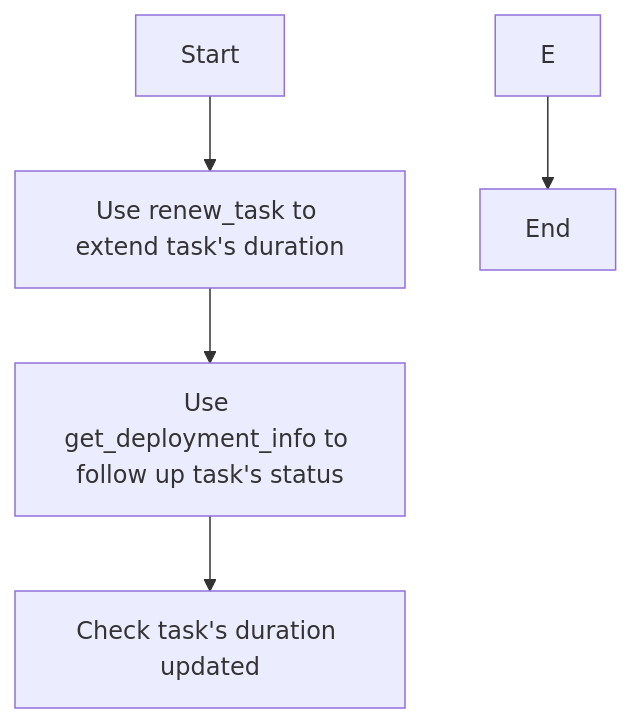
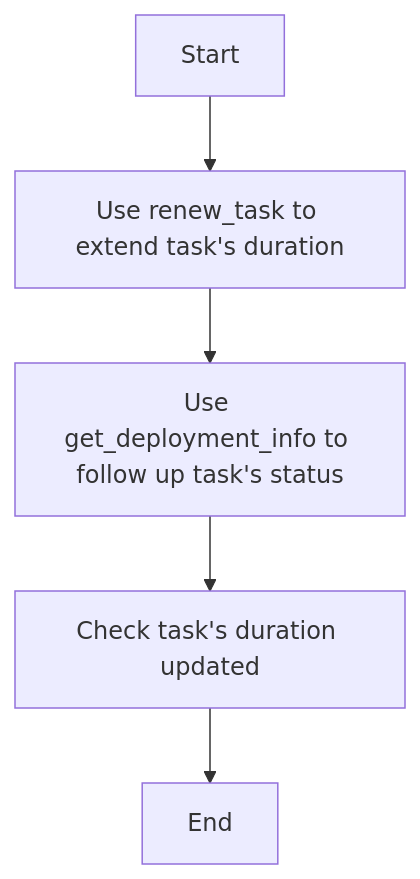
Before and after one commit to alphaflows/workbench: the second of 3 diagrams in docs/sdk/flowchart.md, drawn with Mermaid.

````diff
--- a/docs/sdk/flowchart.md
+++ b/docs/sdk/flowchart.md
@@ -45,7 +45,7 @@
 ```mermaid
 flowchart TD
     A[Start] --> B[Use renew_task to extend task's duration]
     B --> C[Use get_deployment_info to follow up task's status]
     C --> D[Check task's duration updated]
-    E --> G[End]
+    D --> G[End]
 ```
````
